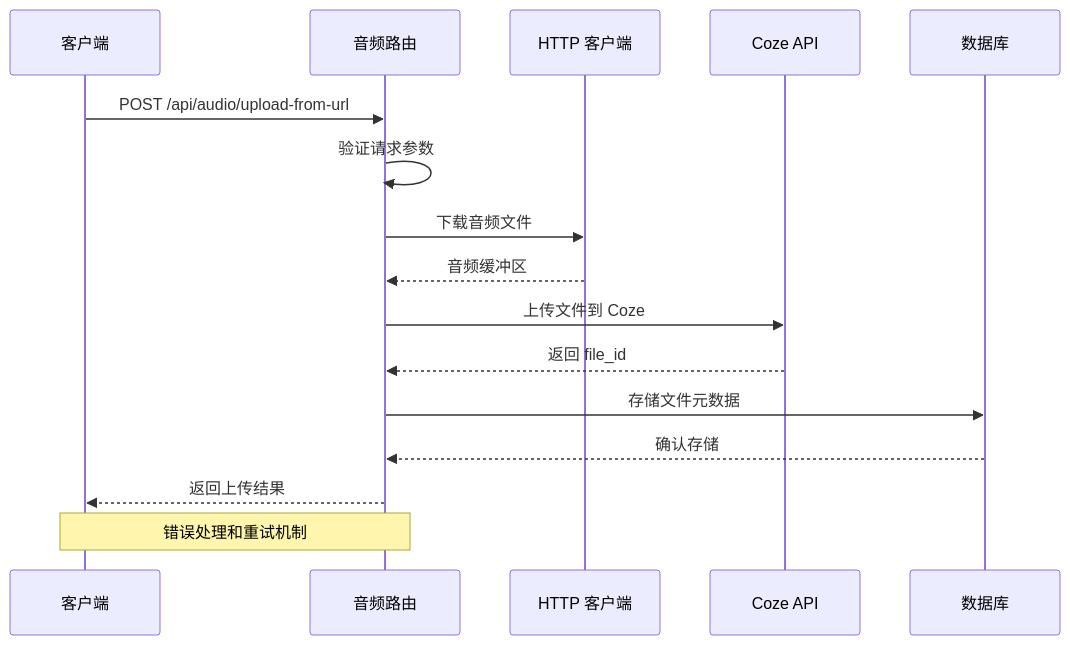
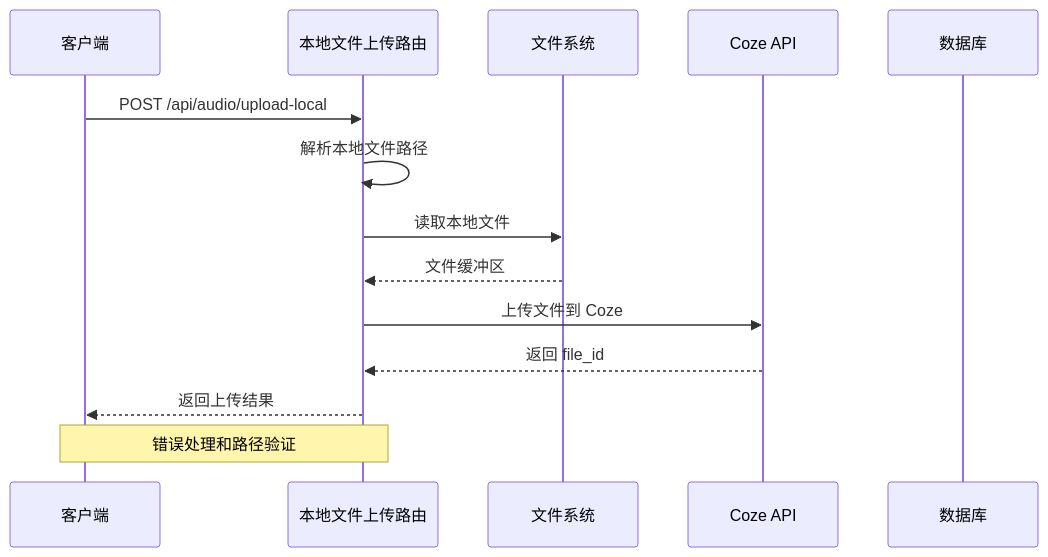
One commit to hanksd769-droid/sailshub changed the third of 7 diagrams in .qoder/repowiki/zh/content/多模态工作流模块/音频处理模块.md. Above: the diagram before and after it, drawn with Mermaid. The commit also changed other lines of this file and 2 other files, not shown here.

````diff
--- a/.qoder/repowiki/zh/content/多模态工作流模块/音频处理模块.md
+++ b/.qoder/repowiki/zh/content/多模态工作流模块/音频处理模块.md
@@ -168,18 +176,16 @@
 ```mermaid
 sequenceDiagram
 participant Client as 客户端
-participant API as 音频路由
-participant Fetch as HTTP 客户端
+participant API as 本地文件上传路由
+participant FS as 文件系统
 participant Coze as Coze API
 participant DB as 数据库
-Client->>API : POST /api/audio/upload-from-url
-API->>API : 验证请求参数
-API->>Fetch : 下载音频文件
-Fetch-->>API : 音频缓冲区
+Client->>API : POST /api/audio/upload-local
+API->>API : 解析本地文件路径
+API->>FS : 读取本地文件
+FS-->>API : 文件缓冲区
 API->>Coze : 上传文件到 Coze
 Coze-->>API : 返回 file_id
-API->>DB : 存储文件元数据
-DB-->>API : 确认存储
 API-->>Client : 返回上传结果
-Note over API,Client : 错误处理和重试机制
+Note over API,Client : 错误处理和路径验证
 ```
````
